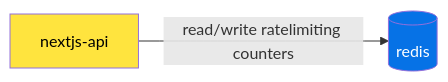
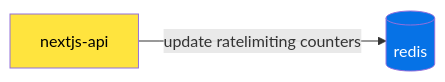
The first of 4 diagrams in README.md (tot-ra/sandbox-nestjs-auth-ratelimit), drawn with Mermaid before and after one commit. The commit also changed other lines of this file and 2 other files, not shown here.

Commit message:
add e2e test for ratelimit testing fix redis read/write delays with more atomic increment with expiration

````diff
--- a/README.md
+++ b/README.md
@@ -24,7 +24,7 @@
 ```mermaid
 flowchart LR
-    nextjs-api -- read/write ratelimiting counters --> redis[(redis)]
+    nextjs-api -- update ratelimiting counters --> redis[(redis)]
 
     style redis fill:#0672e6,color:white
     style nextjs-api fill:#ffe43e,color:black
 ```
````
